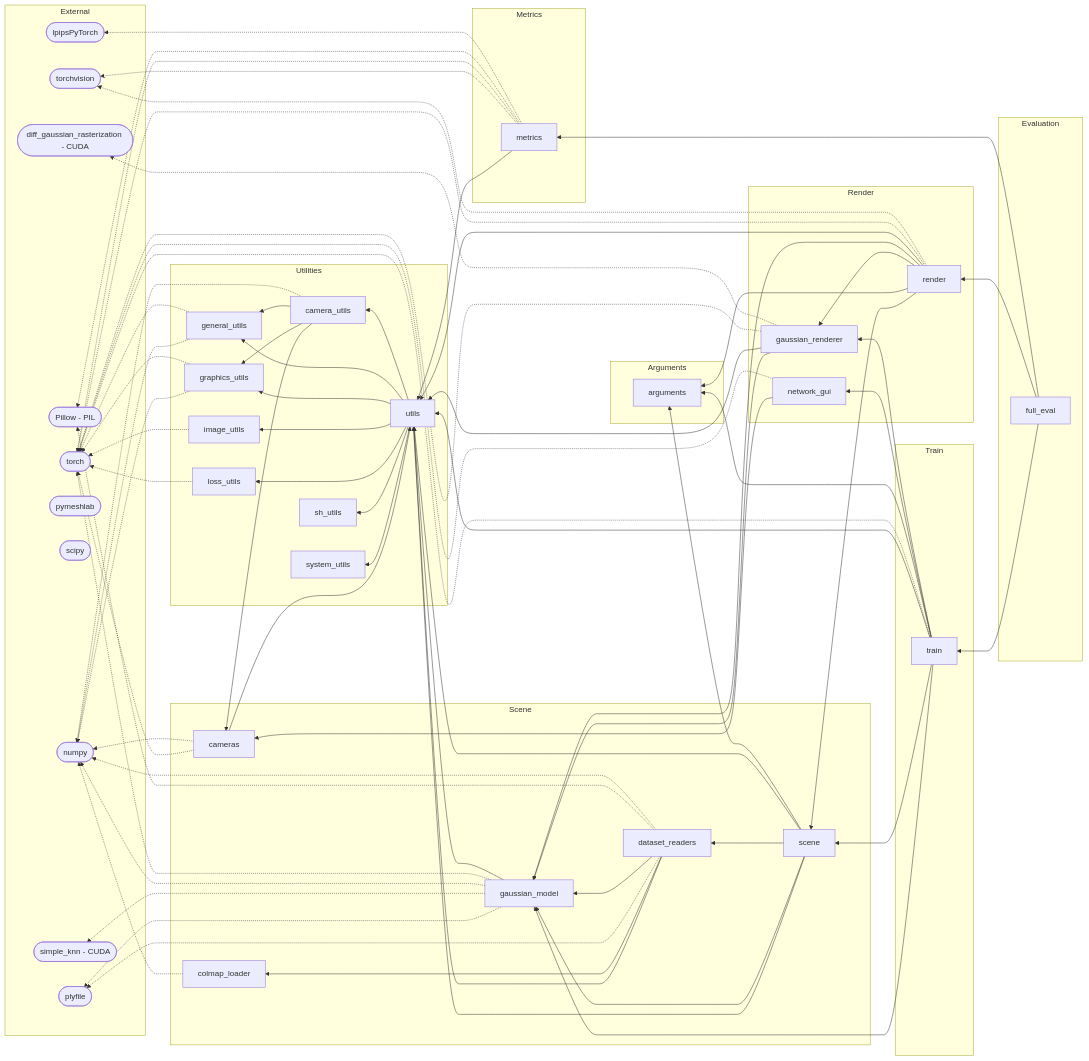
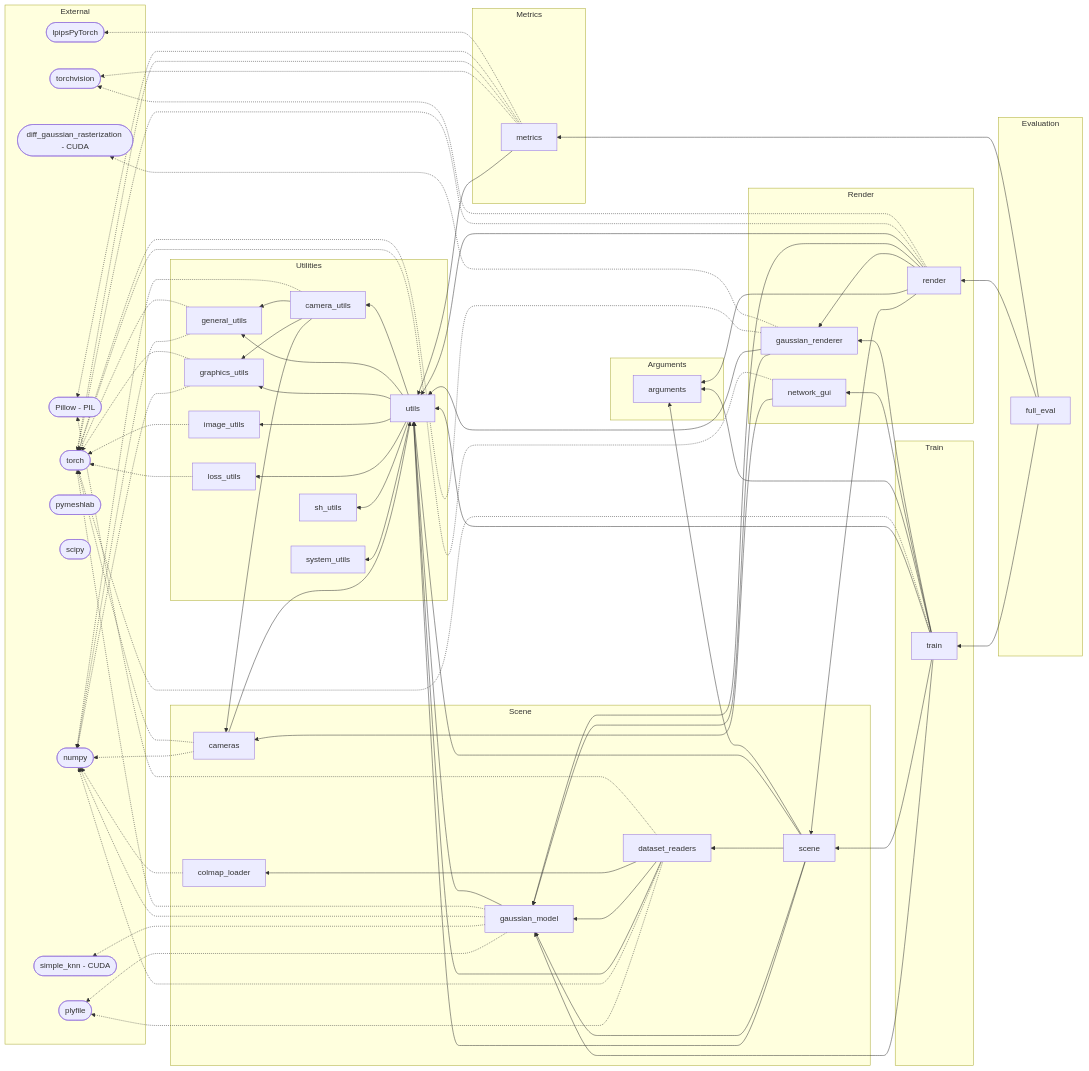
Before and after one commit to AsherJingkongChen/3DGS: the diagram in docs/dependency/original-reference.orig.md, drawn with Mermaid. The commit also changed other lines of this file and 1 other file, not shown here.

```diff
--- a/docs/dependency/original-reference.orig.md
+++ b/docs/dependency/original-reference.orig.md
@@ -83,18 +83,18 @@
     scene --> gaussian_model
     scene --> utils
 
+    cameras -.-> torch
     cameras -.-> numpy
-    cameras -.-> torch
     cameras --> utils
 
     colmap_loader -.-> numpy
 
+    dataset_readers -.-> Pillow
+    dataset_readers --> colmap_loader
+    dataset_readers --> gaussian_model
+    dataset_readers --> utils
     dataset_readers -.-> numpy
-    dataset_readers -.-> Pillow
-    dataset_readers --> gaussian_model
     dataset_readers -.-> plyfile
-    dataset_readers --> colmap_loader
-    dataset_readers --> utils
 
     gaussian_model --> utils
     gaussian_model -.-> torch
```
